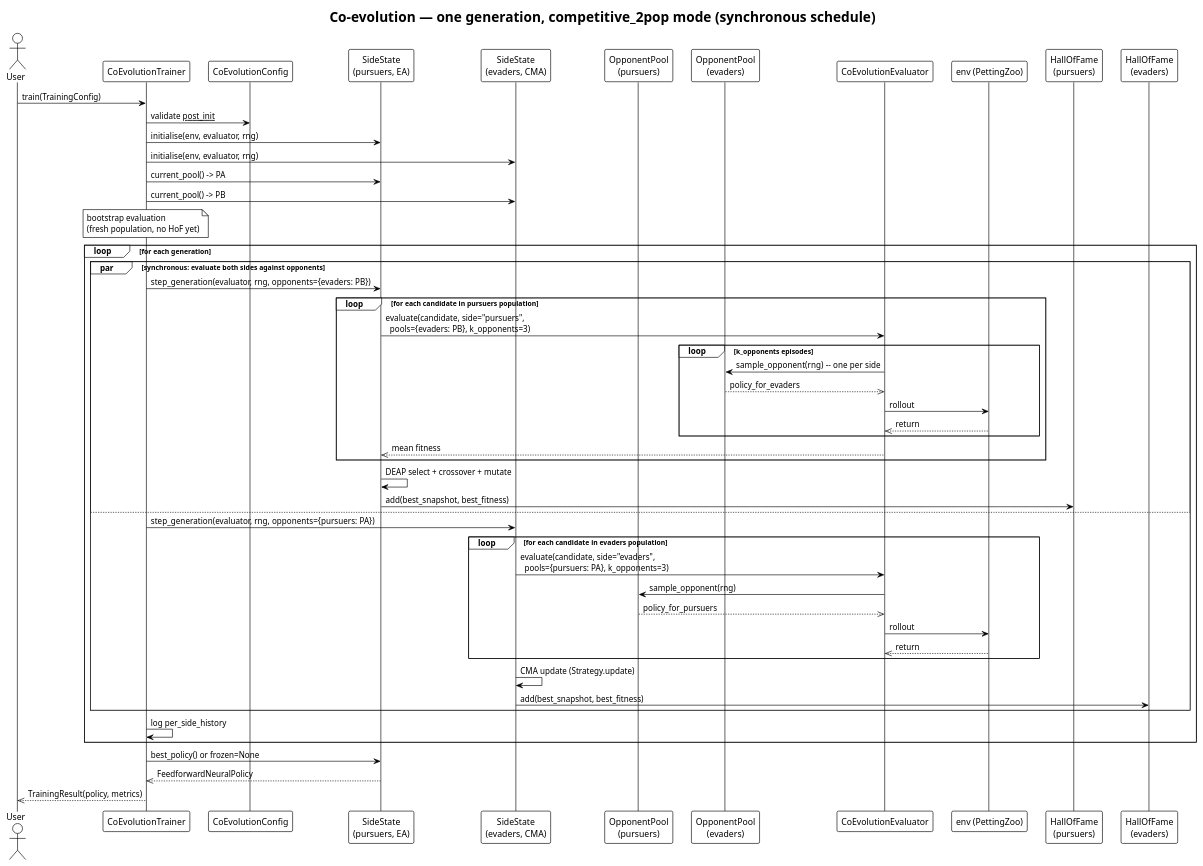
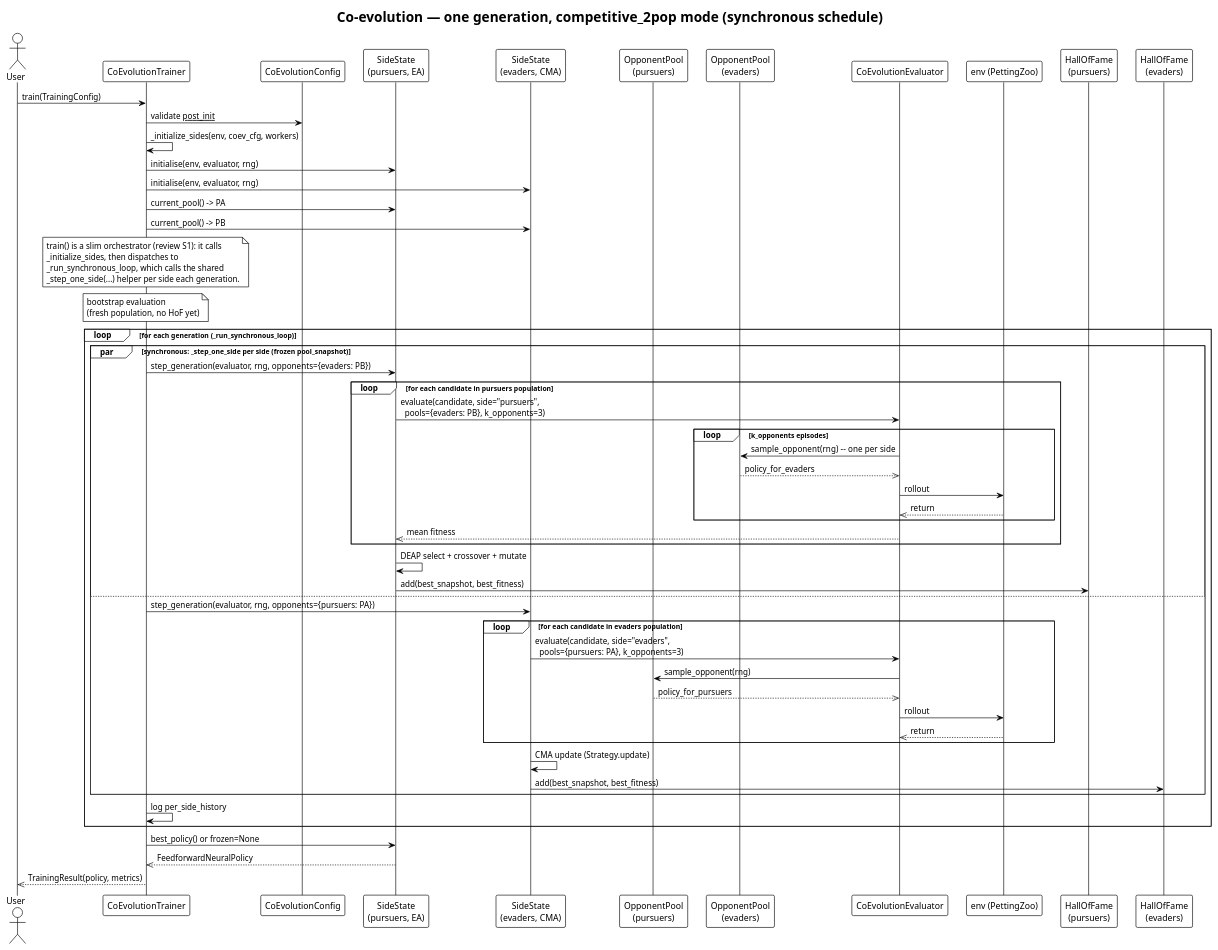
Before and after one commit to Alex180504/DEAP-Zoo-bridge: the diagram in docs/UML/sequence_coevolution_competitive.puml, drawn with PlantUML. The commit also changed 8 other files, not shown here.

```diff
--- a/docs/UML/sequence_coevolution_competitive.puml
+++ b/docs/UML/sequence_coevolution_competitive.puml
@@ -1,60 +1,68 @@
 @startuml sequence_coevolution_competitive
 !theme plain
 title Co-evolution — one generation, competitive_2pop mode (synchronous schedule)
 
 actor User
 participant "CoEvolutionTrainer" as T
 participant "CoEvolutionConfig" as C
 participant "SideState\n(pursuers, EA)" as SA
 participant "SideState\n(evaders, CMA)" as SB
 participant "OpponentPool\n(pursuers)" as PA
 participant "OpponentPool\n(evaders)" as PB
 participant "CoEvolutionEvaluator" as EV
 participant "env (PettingZoo)" as ENV
 participant "HallOfFame\n(pursuers)" as HA
 participant "HallOfFame\n(evaders)" as HB
 
 User -> T : train(TrainingConfig)
 T -> C : validate __post_init__
+T -> T : _initialize_sides(env, coev_cfg, workers)
 T -> SA : initialise(env, evaluator, rng)
 T -> SB : initialise(env, evaluator, rng)
 T -> SA : current_pool() -> PA
 T -> SB : current_pool() -> PB
 
+note over T
+  train() is a slim orchestrator (review S1): it calls
+  _initialize_sides, then dispatches to
+  _run_synchronous_loop, which calls the shared
+  _step_one_side(...) helper per side each generation.
+end note
+
 note over T: bootstrap evaluation\n(fresh population, no HoF yet)
 
-loop for each generation
-    par synchronous: evaluate both sides against opponents
+loop for each generation (_run_synchronous_loop)
+    par synchronous: _step_one_side per side (frozen pool_snapshot)
         T -> SA : step_generation(evaluator, rng, opponents={evaders: PB})
         loop for each candidate in pursuers population
             SA -> EV : evaluate(candidate, side="pursuers",\n  pools={evaders: PB}, k_opponents=3)
             loop k_opponents episodes
                 EV -> PB : sample_opponent(rng)  -- one per side
                 PB -->> EV : policy_for_evaders
                 EV -> ENV : rollout
                 ENV -->> EV : return
             end
             EV -->> SA : mean fitness
         end
         SA -> SA : DEAP select + crossover + mutate
         SA -> HA : add(best_snapshot, best_fitness)
     else
         T -> SB : step_generation(evaluator, rng, opponents={pursuers: PA})
         loop for each candidate in evaders population
             SB -> EV : evaluate(candidate, side="evaders",\n  pools={pursuers: PA}, k_opponents=3)
             EV -> PA : sample_opponent(rng)
             PA -->> EV : policy_for_pursuers
             EV -> ENV : rollout
             ENV -->> EV : return
         end
         SB -> SB : CMA update (Strategy.update)
         SB -> HB : add(best_snapshot, best_fitness)
     end
     T -> T : log per_side_history
 end
 
 T -> SA : best_policy() or frozen=None
 SA -->> T : FeedforwardNeuralPolicy
 T -->> User : TrainingResult(policy, metrics)
 
 @enduml
```
